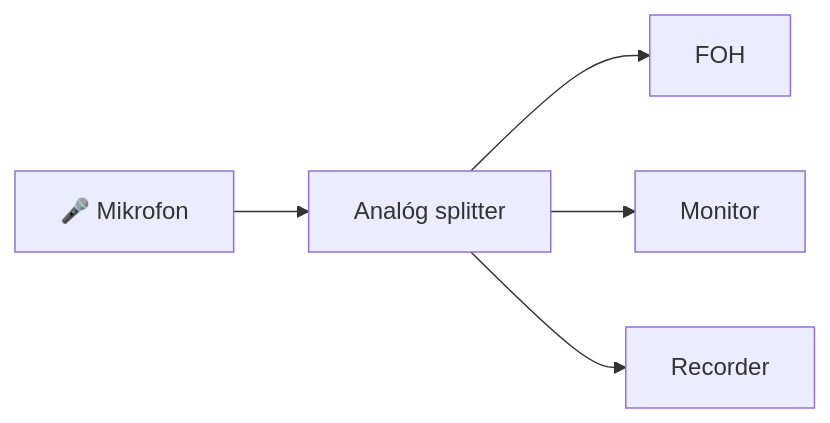
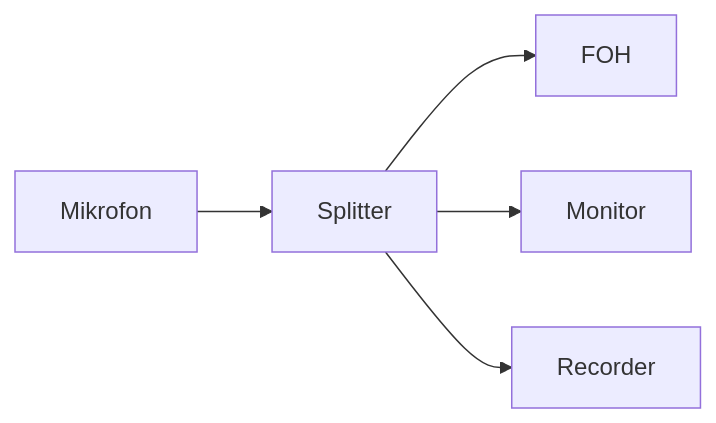
The first of 7 diagrams in chapters/01-mi-a-dante.md (bogdanpeter/dante), drawn with Mermaid before and after one commit. The commit also changed other lines of this file, not shown here.

````diff
--- a/chapters/01-mi-a-dante.md
+++ b/chapters/01-mi-a-dante.md
@@ -294,19 +104,7 @@
-```mermaid
+``` mermaid
 flowchart LR
-
-Mic["🎤 Mikrofon"]
-
-Splitter["Analóg splitter"]
-
-FOH["FOH"]
-
-MON["Monitor"]
-
-REC["Recorder"]
-
-Mic --> Splitter
-
-Splitter --> FOH
-Splitter --> MON
-Splitter --> REC
+    MIC["Mikrofon"] --> SPLIT["Splitter"]
+    SPLIT --> FOH["FOH"]
+    SPLIT --> MON["Monitor"]
+    SPLIT --> REC["Recorder"]
 ```
````
